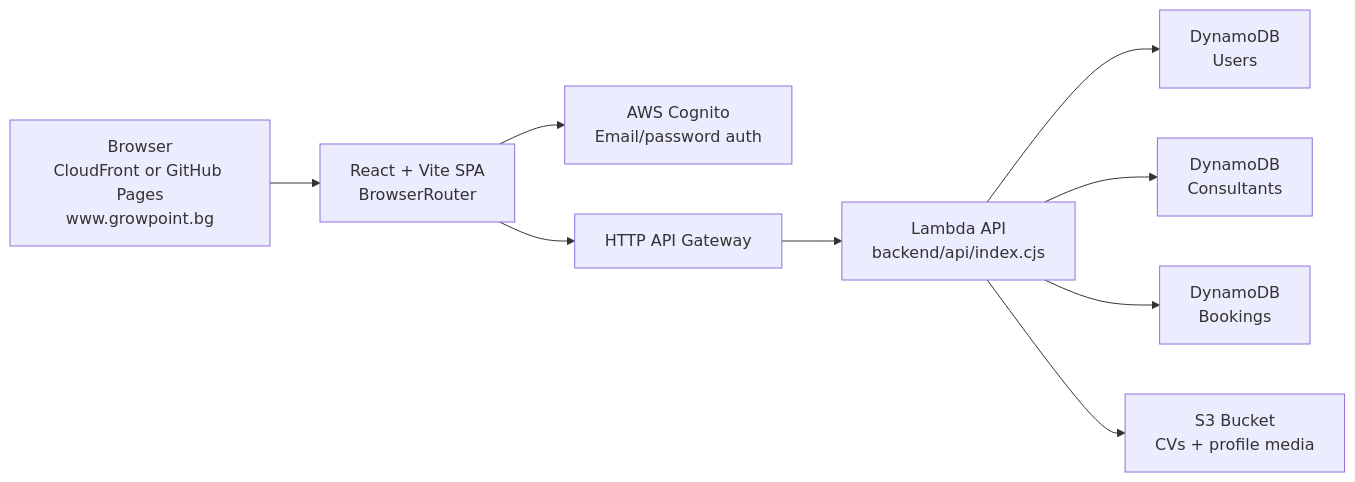
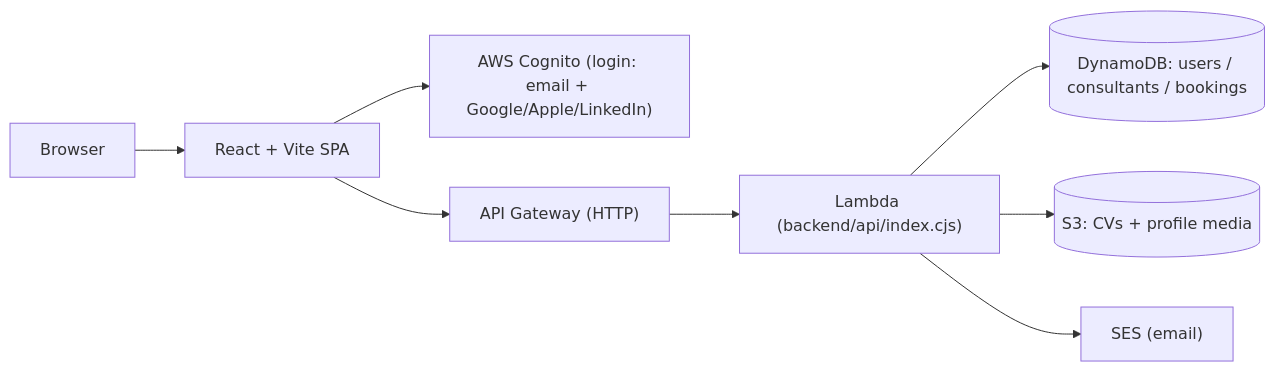
The diagram in README.md (Bobsnadenica/growpoint.bg), drawn with Mermaid before and after one commit. The commit also changed other lines of this file and 3 other files, not shown here.

````diff
--- a/README.md
+++ b/README.md
@@ -18,11 +14,10 @@
 ```mermaid
 flowchart LR
-    U["Browser<br/>CloudFront or GitHub Pages<br/>www.growpoint.bg"] --> F["React + Vite SPA<br/>BrowserRouter"]
-    F --> C["AWS Cognito<br/>Email/password auth"]
-    F --> A["HTTP API Gateway"]
-    A --> L["Lambda API<br/>backend/api/index.cjs"]
-    L --> D1["DynamoDB<br/>Users"]
-    L --> D2["DynamoDB<br/>Consultants"]
-    L --> D3["DynamoDB<br/>Bookings"]
-    L --> S["S3 Bucket<br/>CVs + profile media"]
+    U["Browser"] --> F["React + Vite SPA"]
+    F --> C["AWS Cognito (login: email + Google/Apple/LinkedIn)"]
+    F --> A["API Gateway (HTTP)"]
+    A --> L["Lambda (backend/api/index.cjs)"]
+    L --> D[("DynamoDB: users / consultants / bookings")]
+    L --> S[("S3: CVs + profile media")]
+    L --> E["SES (email)"]
 ```
````
